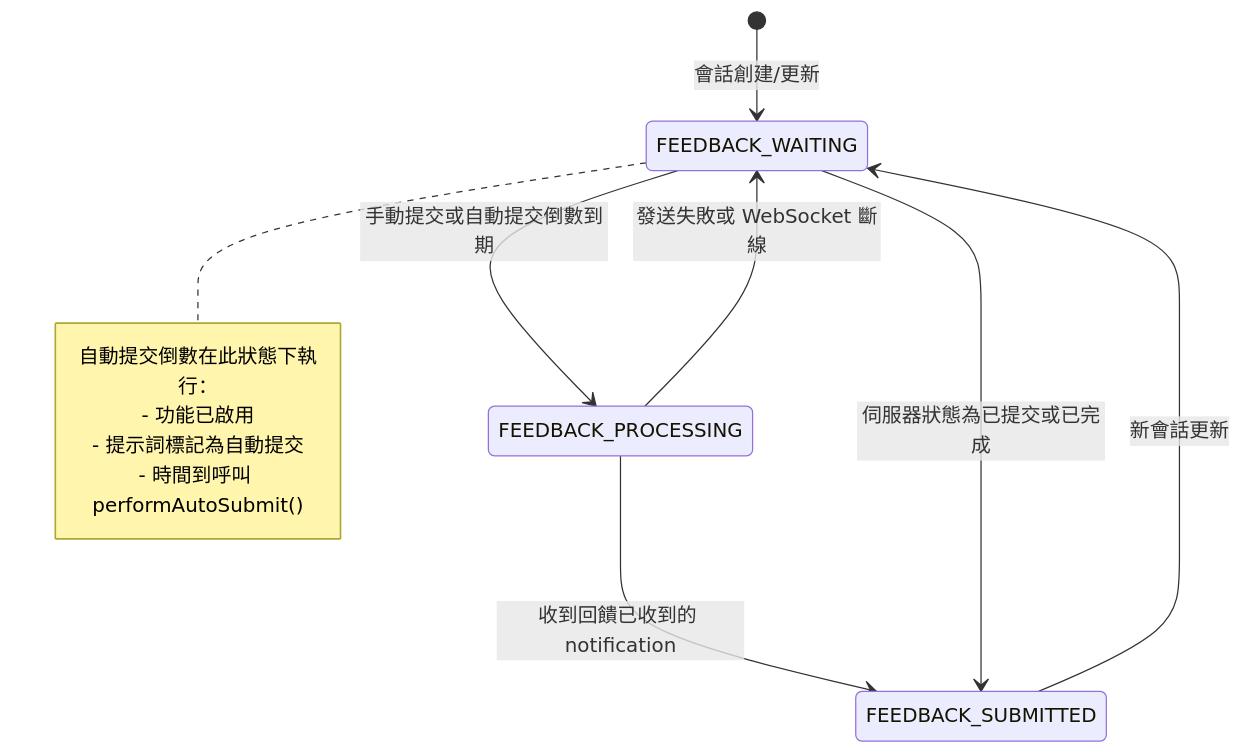
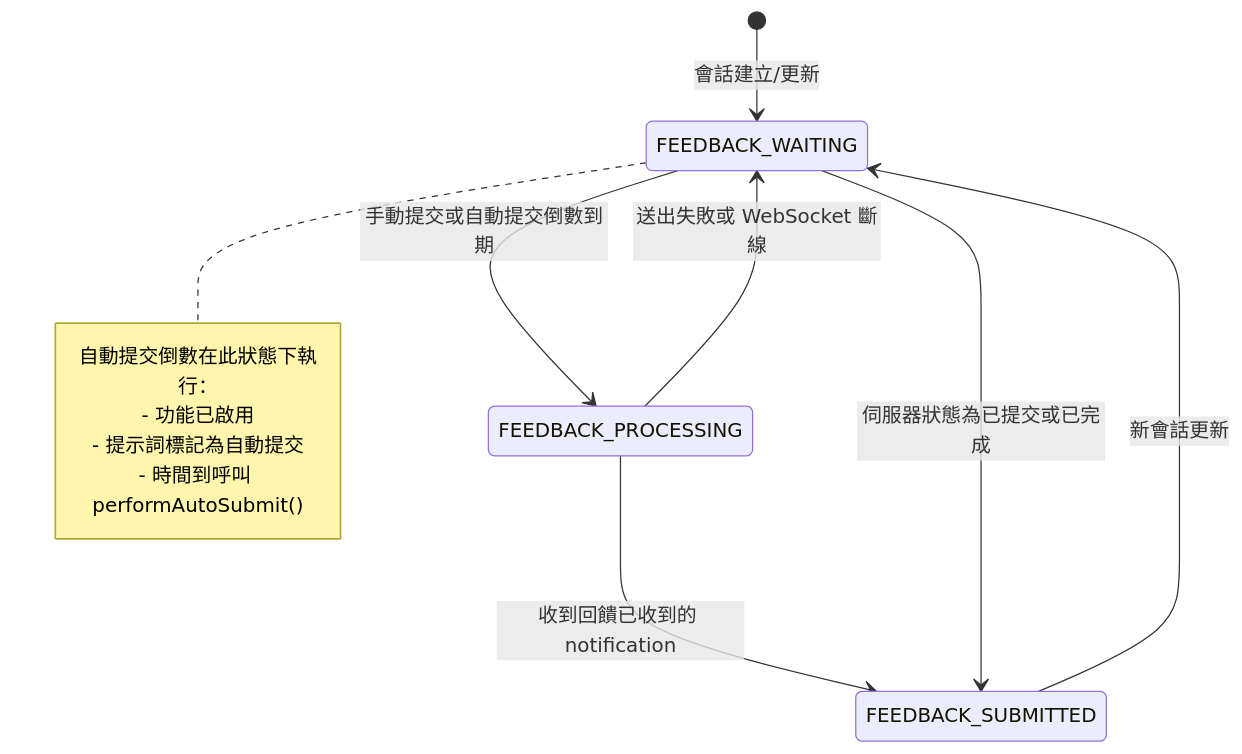
One commit to CloudEngineHub/mcp-feedback-enhanced changed diagram 12 of 12 in docs/architecture/interaction-flows.md. Above: the diagram before and after it, drawn with Mermaid. The commit also changed other lines of this file, not shown here.

````diff
--- a/docs/architecture/interaction-flows.md
+++ b/docs/architecture/interaction-flows.md
@@ -543,16 +543,16 @@
 ```mermaid
 stateDiagram-v2
-    [*] --> FEEDBACK_WAITING: 會話創建/更新
+    [*] --> FEEDBACK_WAITING: 會話建立/更新
     FEEDBACK_WAITING --> FEEDBACK_PROCESSING: 手動提交或自動提交倒數到期
     FEEDBACK_PROCESSING --> FEEDBACK_SUBMITTED: 收到回饋已收到的 notification
-    FEEDBACK_PROCESSING --> FEEDBACK_WAITING: 發送失敗或 WebSocket 斷線
+    FEEDBACK_PROCESSING --> FEEDBACK_WAITING: 送出失敗或 WebSocket 斷線
     FEEDBACK_WAITING --> FEEDBACK_SUBMITTED: 伺服器狀態為已提交或已完成
     FEEDBACK_SUBMITTED --> FEEDBACK_WAITING: 新會話更新
 
     note right of FEEDBACK_WAITING
         自動提交倒數在此狀態下執行：
         - 功能已啟用
         - 提示詞標記為自動提交
         - 時間到呼叫 performAutoSubmit()
     end note
 ```
````
